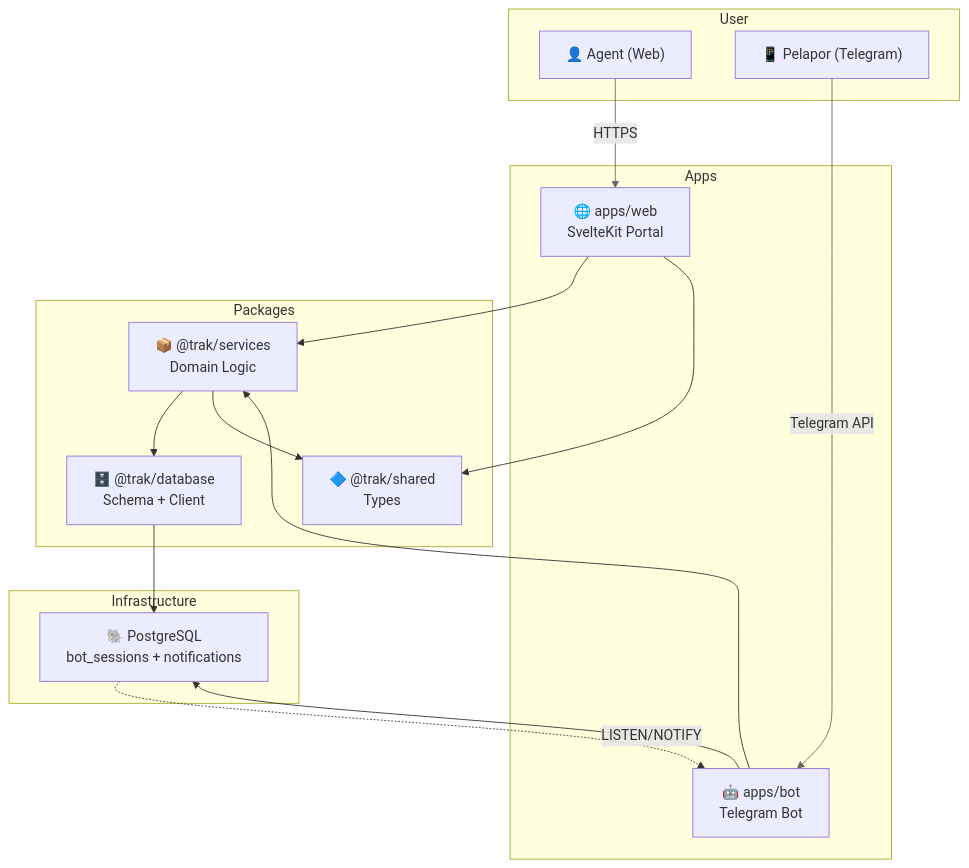
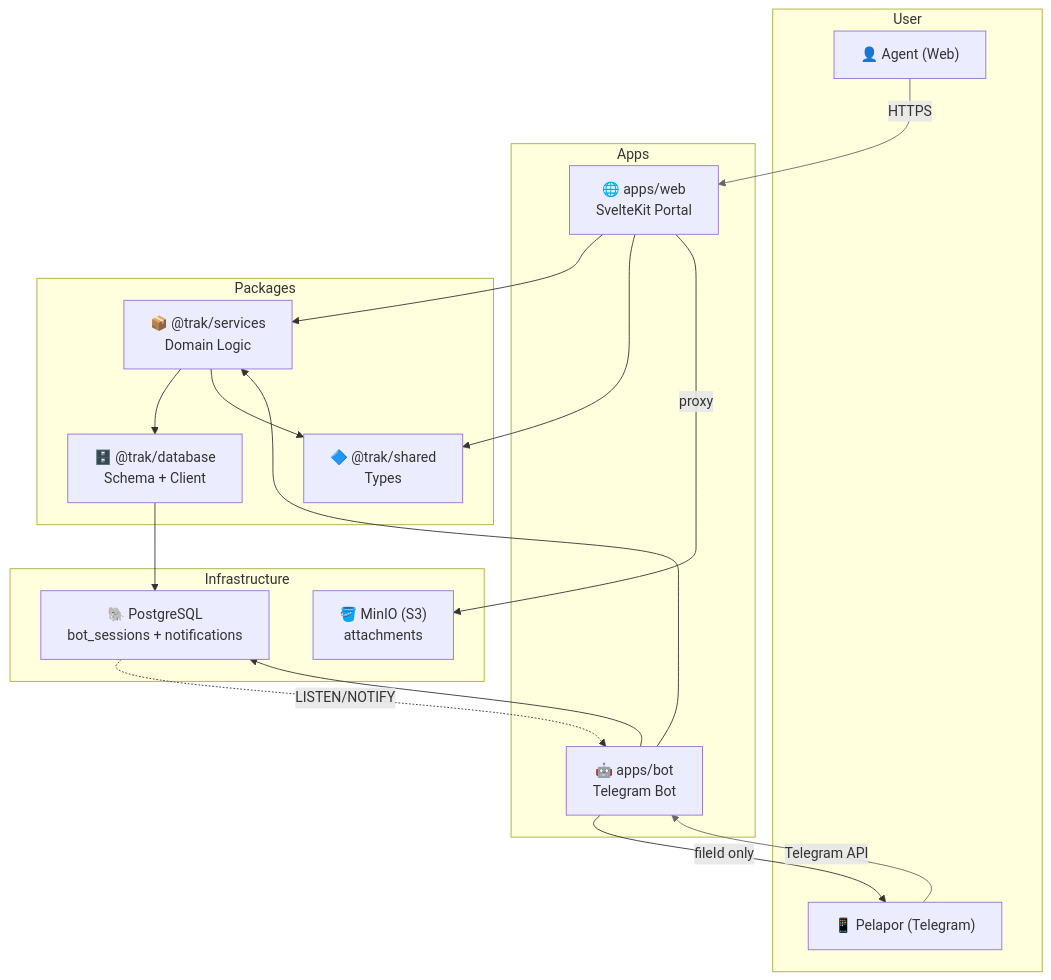
Before and after one commit to masmuss/trak: the first of 2 diagrams in README.md, drawn with Mermaid. The commit also changed other lines of this file, not shown here.

Commit message:
docs(readme): update architecture, setup, and testing documentation

````diff
--- a/README.md
+++ b/README.md
@@ -17,38 +19,42 @@
 ```mermaid
 graph TB
   subgraph User
     A["👤 Agent (Web)"]
     B["📱 Pelapor (Telegram)"]
   end
 
   subgraph Apps
     C["🌐 apps/web<br/>SvelteKit Portal"]
     D["🤖 apps/bot<br/>Telegram Bot"]
   end
 
   subgraph Packages
     E["📦 @trak/services<br/>Domain Logic"]
     F["🗄️ @trak/database<br/>Schema + Client"]
     G["🔷 @trak/shared<br/>Types"]
   end
 
   subgraph Infrastructure
     H["🐘 PostgreSQL<br/>bot_sessions + notifications"]
+    I["🪣 MinIO (S3)<br/>attachments"]
   end
 
   A -->|"HTTPS"| C
   B -->|"Telegram API"| D
 
   C --> E
   D --> E
   E --> F
   F --> H
   D --> H
 
   C --> G
   E --> G
 
+  C -->|"proxy"| I
+  D -->|"fileId only"| B
+
   H -.->|"LISTEN/NOTIFY"| D
 
   linkStyle 0,1 stroke:#666
 ```
````
